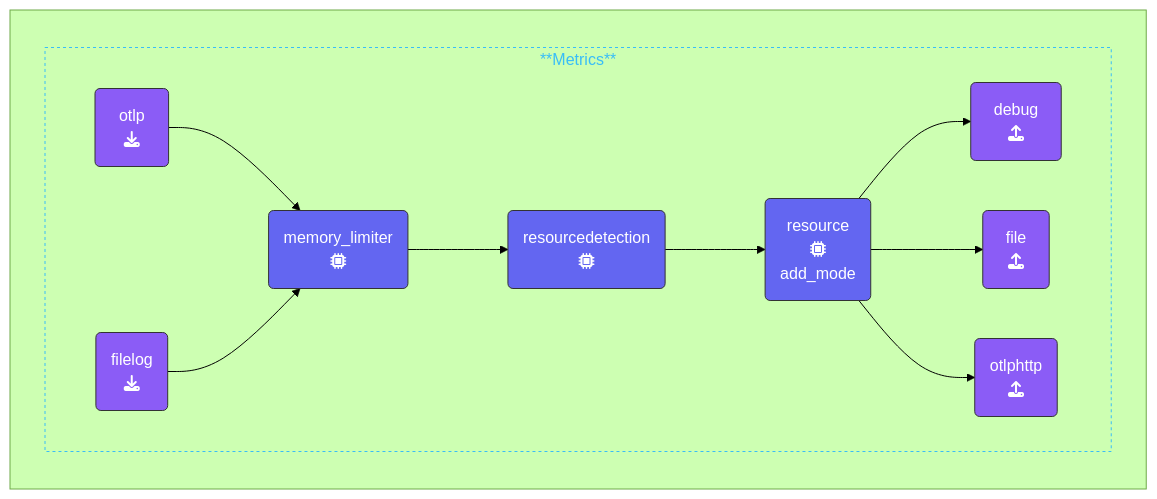
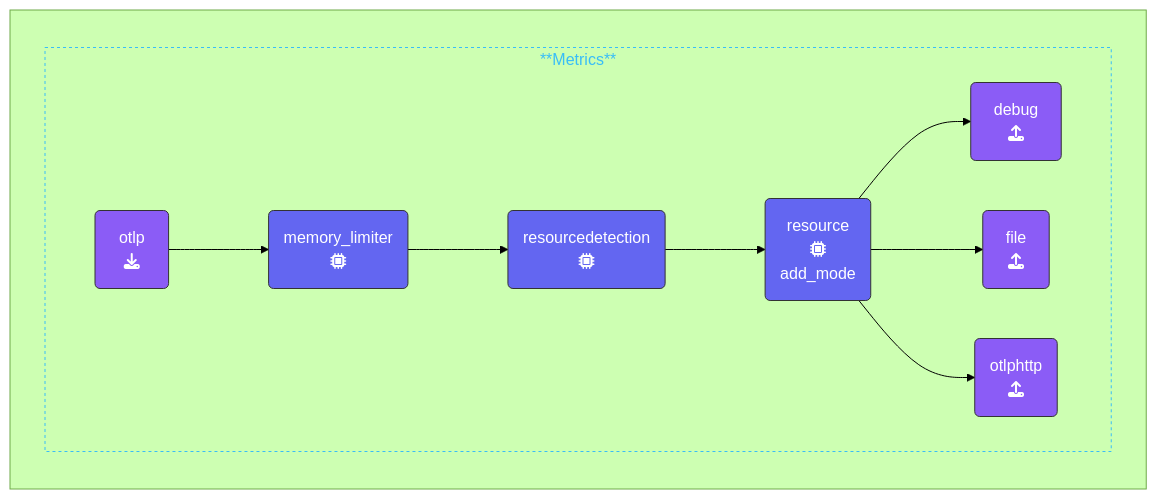
Before and after one commit to splunk/observability-workshop: the diagram in content/en/ninja-workshops/3-opentelemetry-collector-workshops/2-advanced-collector/2-building-resilience/2-1-configuration.md, drawn with Mermaid (forest theme).

Commit message:
Fixed mermaid diagram

````diff
--- a/content/en/ninja-workshops/3-opentelemetry-collector-workshops/2-advanced-collector/2-building-resilience/2-1-configuration.md
+++ b/content/en/ninja-workshops/3-opentelemetry-collector-workshops/2-advanced-collector/2-building-resilience/2-1-configuration.md
@@ -72,31 +72,29 @@
 ```mermaid
 %%{init:{"fontFamily":"monospace"}}%%
 graph LR
     %% Nodes
       REC1(&nbsp;&nbsp;otlp&nbsp;&nbsp;<br>fa:fa-download):::receiver
-      REC2(filelog<br>fa:fa-download):::receiver
       PRO1(memory_limiter<br>fa:fa-microchip):::processor
       PRO2(resourcedetection<br>fa:fa-microchip):::processor
       PRO3(resource<br>fa:fa-microchip<br>add_mode):::processor
       EXP1(&ensp;debug&ensp;<br>fa:fa-upload):::exporter
       EXP2(otlphttp<br>fa:fa-upload):::exporter
       EXP3(&ensp;file&ensp;<br>fa:fa-upload):::exporter
     %% Links
     subID1:::sub-metrics
     subgraph " "
       subgraph subID1[**Metrics**]
       direction LR
       REC1 --> PRO1
-      REC2 --> PRO1
       PRO1 --> PRO2
       PRO2 --> PRO3
       PRO3 --> EXP1
       PRO3 --> EXP3
       PRO3 --> EXP2
       end
     end
 classDef receiver,exporter fill:#8b5cf6,stroke:#333,stroke-width:1px,color:#fff;
 classDef processor fill:#6366f1,stroke:#333,stroke-width:1px,color:#fff;
 classDef con-receive,con-export fill:#45c175,stroke:#333,stroke-width:1px,color:#fff;
 classDef sub-metrics stroke:#38bdf8,stroke-width:1px, color:#38bdf8,stroke-dasharray: 3 3;
 ```
````
